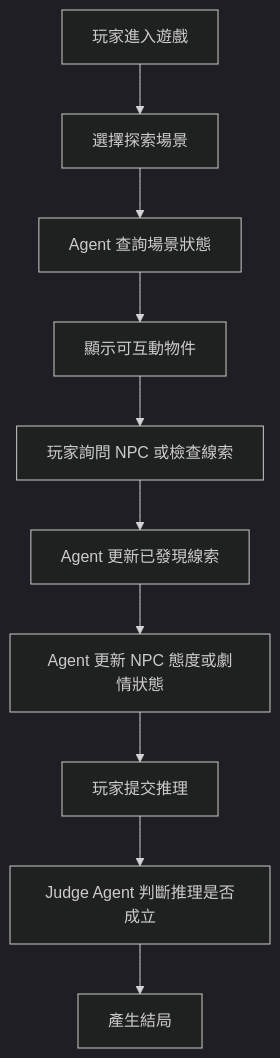
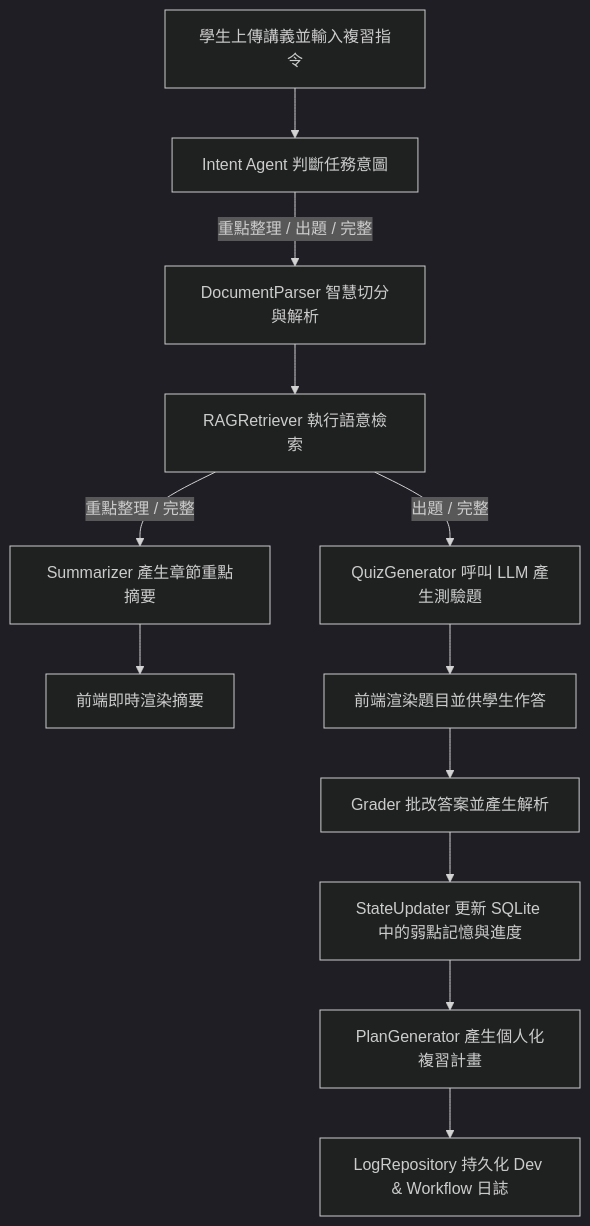
One commit to Shanyii/114-Group_One_Final changed the diagram in 期末專題主題提案報告說明.md. Above: the diagram before and after it, drawn with Mermaid (dark theme). The commit also changed other lines of this file and 18 other files, not shown here.

````diff
--- a/期末專題主題提案報告說明.md
+++ b/期末專題主題提案報告說明.md
@@ -103,12 +59,14 @@
 ```mermaid
 flowchart TD
-    A[玩家進入遊戲] --> B[選擇探索場景]
-    B --> C[Agent 查詢場景狀態]
-    C --> D[顯示可互動物件]
-    D --> E[玩家詢問 NPC 或檢查線索]
-    E --> F[Agent 更新已發現線索]
-    F --> G[Agent 更新 NPC 態度或劇情狀態]
-    G --> H[玩家提交推理]
-    H --> I[Judge Agent 判斷推理是否成立]
-    I --> J[產生結局]
+    A[學生上傳講義並輸入複習指令] --> B[Intent Agent 判斷任務意圖]
+    B -->|重點整理 / 出題 / 完整| C[DocumentParser 智慧切分與解析]
+    C --> D[RAGRetriever 執行語意檢索]
+    D -->|重點整理 / 完整| E[Summarizer 產生章節重點摘要]
+    D -->|出題 / 完整| F[QuizGenerator 呼叫 LLM 產生測驗題]
+    E --> G[前端即時渲染摘要]
+    F --> H[前端渲染題目並供學生作答]
+    H --> I[Grader 批改答案並產生解析]
+    I --> J[StateUpdater 更新 SQLite 中的弱點記憶與進度]
+    J --> K[PlanGenerator 產生個人化複習計畫]
+    K --> L[LogRepository 持久化 Dev & Workflow 日誌]
 ```
````
